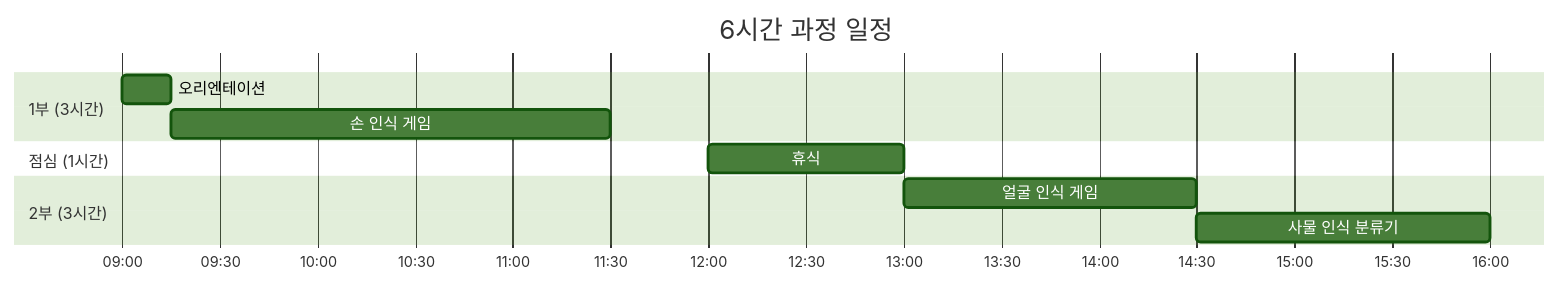
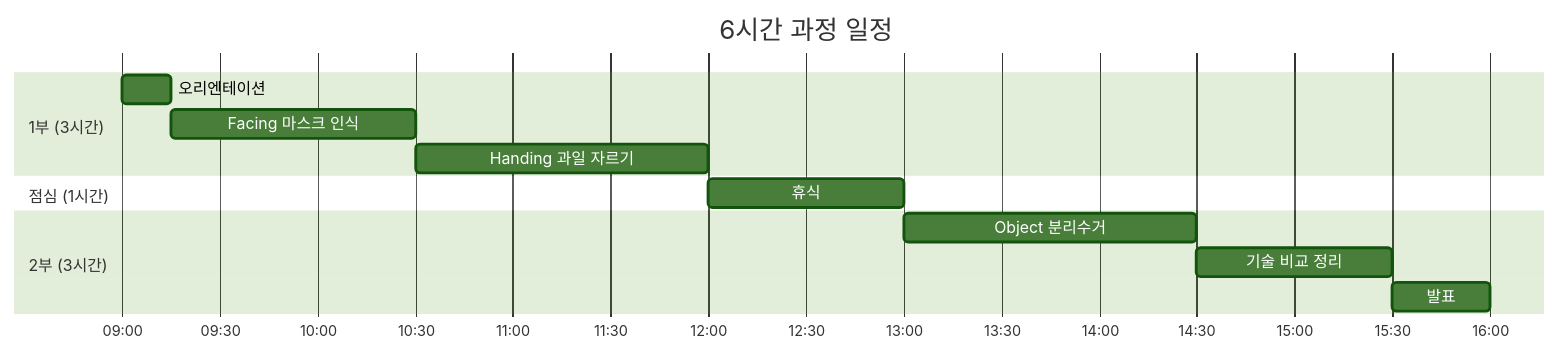
Diagram 11 of 14 in documents/CURRICULUM/맛보기_블록코딩_AI비전.md (Collegenie-X/AIMakerLab_Web), drawn with Mermaid (forest theme) before and after one commit. The commit also changed other lines of this file and 3 other files, not shown here.

````diff
--- a/documents/CURRICULUM/맛보기_블록코딩_AI비전.md
+++ b/documents/CURRICULUM/맛보기_블록코딩_AI비전.md
@@ -319,17 +576,19 @@
 ```mermaid
 gantt
     title 6시간 과정 일정
     dateFormat HH:mm
     axisFormat %H:%M
     
     section 1부 (3시간)
     오리엔테이션: 09:00, 15m
-    손 인식 게임: 09:15, 135m
+    Facing 마스크 인식: 09:15, 75m
+    Handing 과일 자르기: 10:30, 90m
     
     section 점심 (1시간)
     휴식: 12:00, 60m
     
     section 2부 (3시간)
-    얼굴 인식 게임: 13:00, 90m
-    사물 인식 분류기: 14:30, 90m
+    Object 분리수거: 13:00, 90m
+    기술 비교 정리: 14:30, 60m
+    발표: 15:30, 30m
 ```
````
